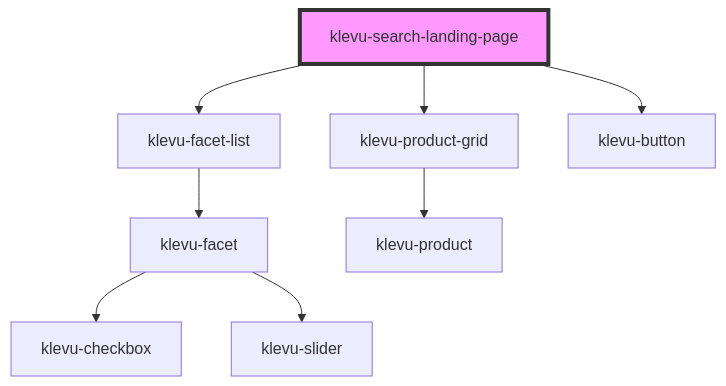
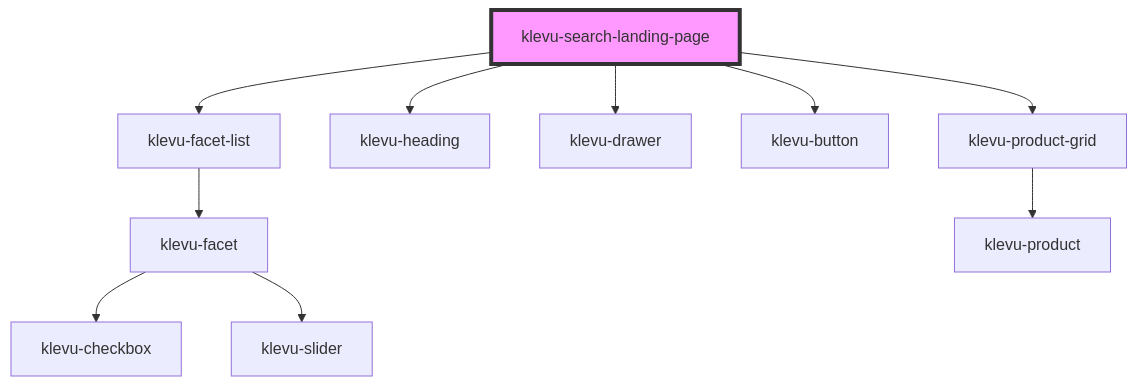
One commit to klevultd/frontend-sdk changed the diagram in packages/klevu-ui/src/components/klevu-search-landing-page/readme.md. Above: the diagram before and after it, drawn with Mermaid. The commit also changed other lines of this file and 32 other files, not shown here.

````diff
--- a/packages/klevu-ui/src/components/klevu-search-landing-page/readme.md
+++ b/packages/klevu-ui/src/components/klevu-search-landing-page/readme.md
@@ -29,11 +31,13 @@
 ```mermaid
 graph TD;
   klevu-search-landing-page --> klevu-facet-list
+  klevu-search-landing-page --> klevu-heading
+  klevu-search-landing-page --> klevu-drawer
+  klevu-search-landing-page --> klevu-button
   klevu-search-landing-page --> klevu-product-grid
-  klevu-search-landing-page --> klevu-button
   klevu-facet-list --> klevu-facet
   klevu-facet --> klevu-checkbox
   klevu-facet --> klevu-slider
   klevu-product-grid --> klevu-product
   style klevu-search-landing-page fill:#f9f,stroke:#333,stroke-width:4px
 ```
````
